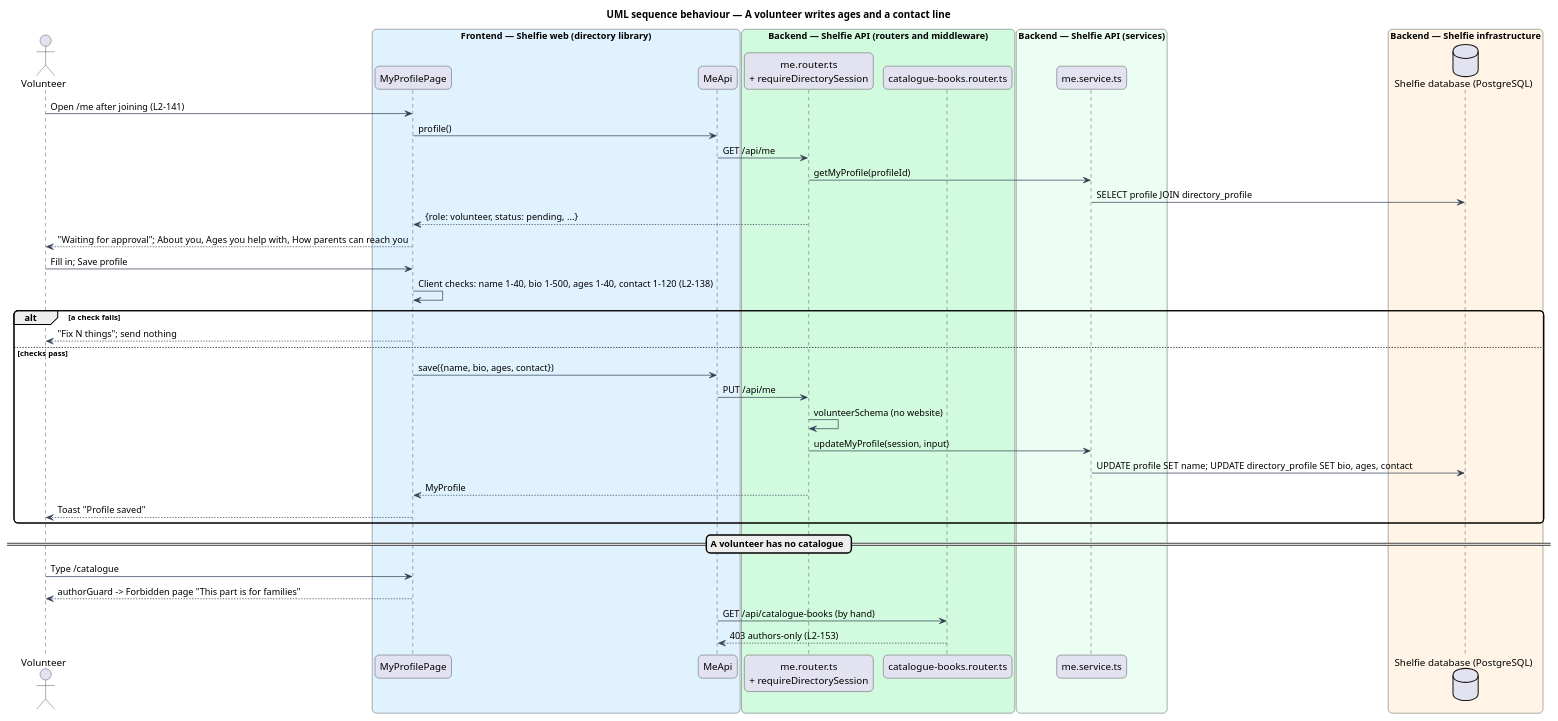
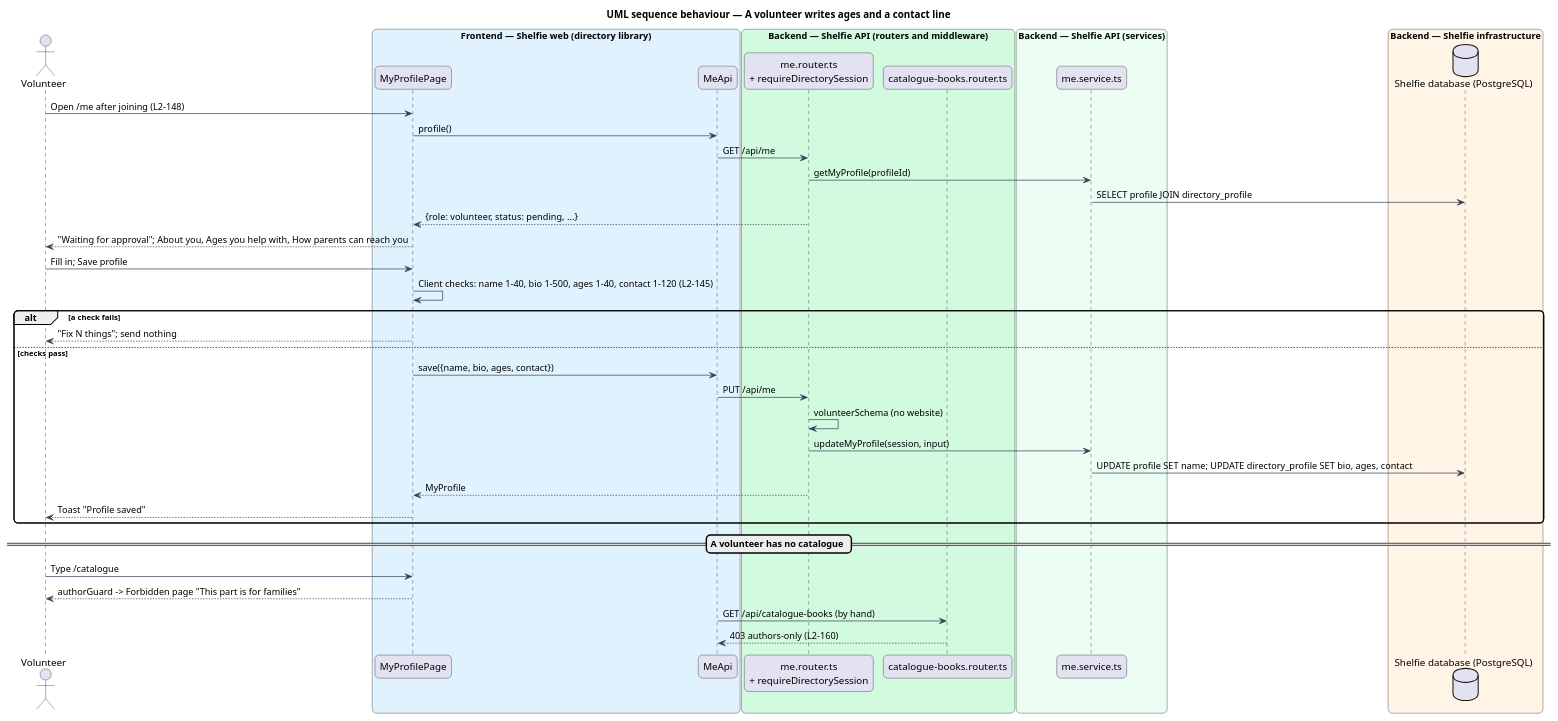
The diagram in docs/detailed-designs/directory/volunteer-profile/diagrams/sequence-volunteer-profile.puml (QuinntyneBrown/shelfie), drawn with PlantUML before and after one commit. The commit also changed 125 other files, not shown here.

```diff
--- a/docs/detailed-designs/directory/volunteer-profile/diagrams/sequence-volunteer-profile.puml
+++ b/docs/detailed-designs/directory/volunteer-profile/diagrams/sequence-volunteer-profile.puml
@@ -1,49 +1,49 @@
 @startuml
 title UML sequence behaviour — A volunteer writes ages and a contact line
 skinparam backgroundColor #FFFFFF
 skinparam shadowing false
 skinparam roundcorner 12
 skinparam defaultFontName Arial
 skinparam ArrowColor #344054
 actor "Volunteer" as vol
 box "Frontend — Shelfie web (directory library)" #E0F2FE
   participant "MyProfilePage" as page
   participant "MeApi" as client
 end box
 box "Backend — Shelfie API (routers and middleware)" #D1FADF
   participant "me.router.ts\n+ requireDirectorySession" as me
   participant "catalogue-books.router.ts" as cat
 end box
 box "Backend — Shelfie API (services)" #ECFDF3
   participant "me.service.ts" as svc
 end box
 box "Backend — Shelfie infrastructure" #FFF4E5
   database "Shelfie database (PostgreSQL)" as db
 end box
 
-vol -> page : Open /me after joining (L2-141)
+vol -> page : Open /me after joining (L2-148)
 page -> client : profile()
 client -> me : GET /api/me
 me -> svc : getMyProfile(profileId)
 svc -> db : SELECT profile JOIN directory_profile
 me --> page : {role: volunteer, status: pending, ...}
 page --> vol : "Waiting for approval"; About you, Ages you help with, How parents can reach you
 vol -> page : Fill in; Save profile
-page -> page : Client checks: name 1-40, bio 1-500, ages 1-40, contact 1-120 (L2-138)
+page -> page : Client checks: name 1-40, bio 1-500, ages 1-40, contact 1-120 (L2-145)
 alt a check fails
   page --> vol : "Fix N things"; send nothing
 else checks pass
   page -> client : save({name, bio, ages, contact})
   client -> me : PUT /api/me
   me -> me : volunteerSchema (no website)
   me -> svc : updateMyProfile(session, input)
   svc -> db : UPDATE profile SET name; UPDATE directory_profile SET bio, ages, contact
   me --> page : MyProfile
   page --> vol : Toast "Profile saved"
 end
 == A volunteer has no catalogue ==
 vol -> page : Type /catalogue
 page --> vol : authorGuard -> Forbidden page "This part is for families"
 client -> cat : GET /api/catalogue-books (by hand)
-cat --> client : 403 authors-only (L2-153)
+cat --> client : 403 authors-only (L2-160)
 @enduml
```
